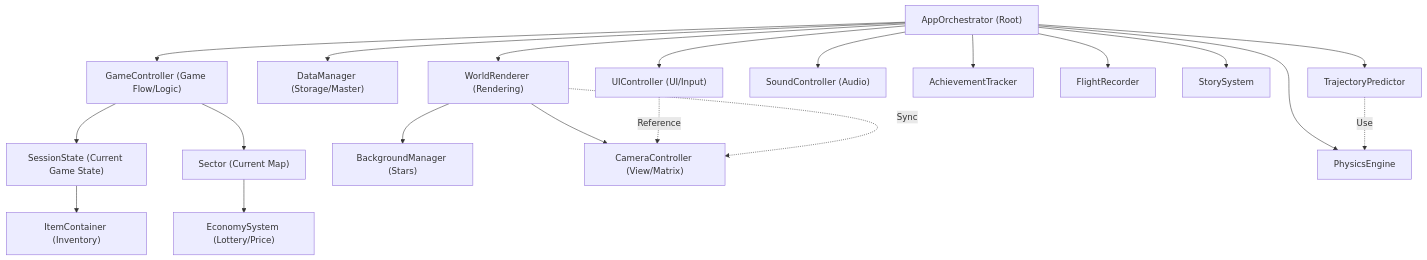
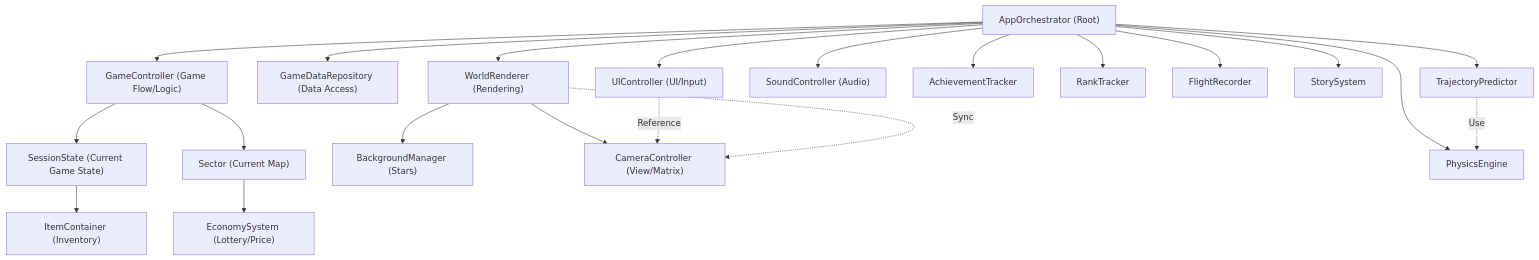
One commit to T-I-Oak/GravityFreight changed the diagram in docs/specs/systems/class_roles.md. Above: the diagram before and after it, drawn with Mermaid. The commit also changed other lines of this file and 22 other files, not shown here.

````diff
--- a/docs/specs/systems/class_roles.md
+++ b/docs/specs/systems/class_roles.md
@@ -14,34 +14,35 @@
 ```mermaid
 graph TD
     %% Root Layer
     Orchestrator["AppOrchestrator (Root)"]
 
     %% Control Layer
     Orchestrator --> UI["UIController (UI/Input)"]
-    Orchestrator --> DM["DataManager (Storage/Master)"]
+    Orchestrator --> GDR["GameDataRepository (Data Access)"]
 
     %% Logic & System Layer
     Orchestrator --> GC["GameController (Game Flow/Logic)"]
     GC --> SS["SessionState (Current Game State)"]
     SS --> IC["ItemContainer (Inventory)"]
     GC --> SEC["Sector (Current Map)"]
     SEC --> ES["EconomySystem (Lottery/Price)"]
-    
+
     %% System Layer (Infrastructure)
     Orchestrator --> WR["WorldRenderer (Rendering)"]
     WR --> BM["BackgroundManager (Stars)"]
     WR --> CC["CameraController (View/Matrix)"]
     Orchestrator --> SC["SoundController (Audio)"]
 
     %% Global Services
     Orchestrator --> AT["AchievementTracker"]
+    Orchestrator --> RT["RankTracker"]
     Orchestrator --> FR["FlightRecorder"]
     Orchestrator --> Story["StorySystem"]
     Orchestrator --> PE["PhysicsEngine"]
     Orchestrator --> TP["TrajectoryPredictor"]
-    
+
     %% Key Cross-domain relations (Dashed lines)
     TP -.->|Use| PE
     UI -.->|Reference| CC
     WR -.->|Sync| CC
 ```
````
